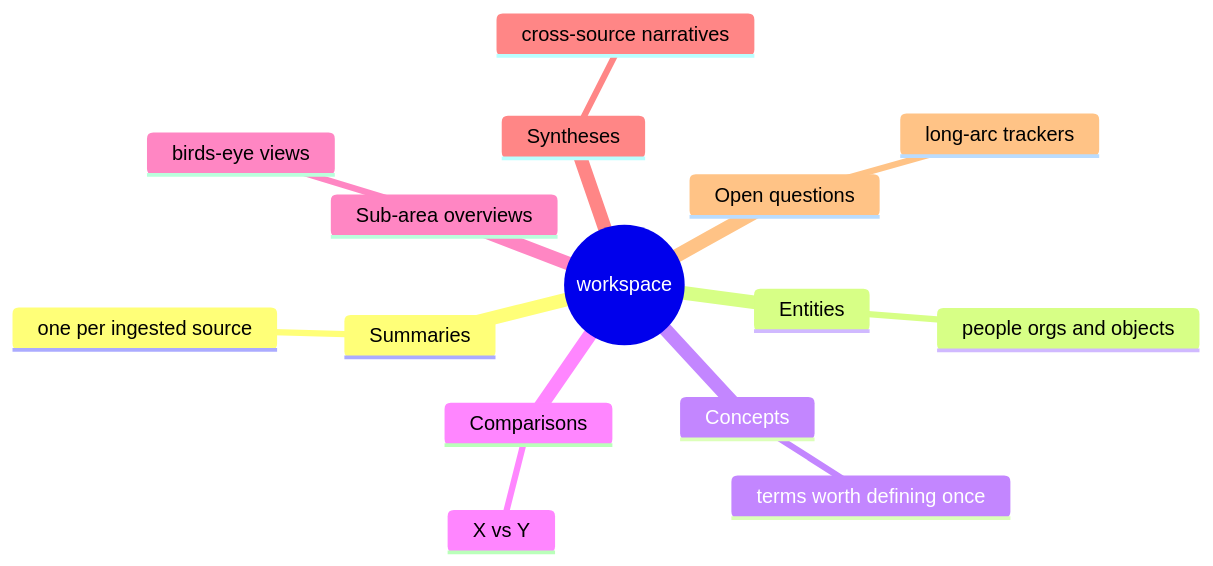
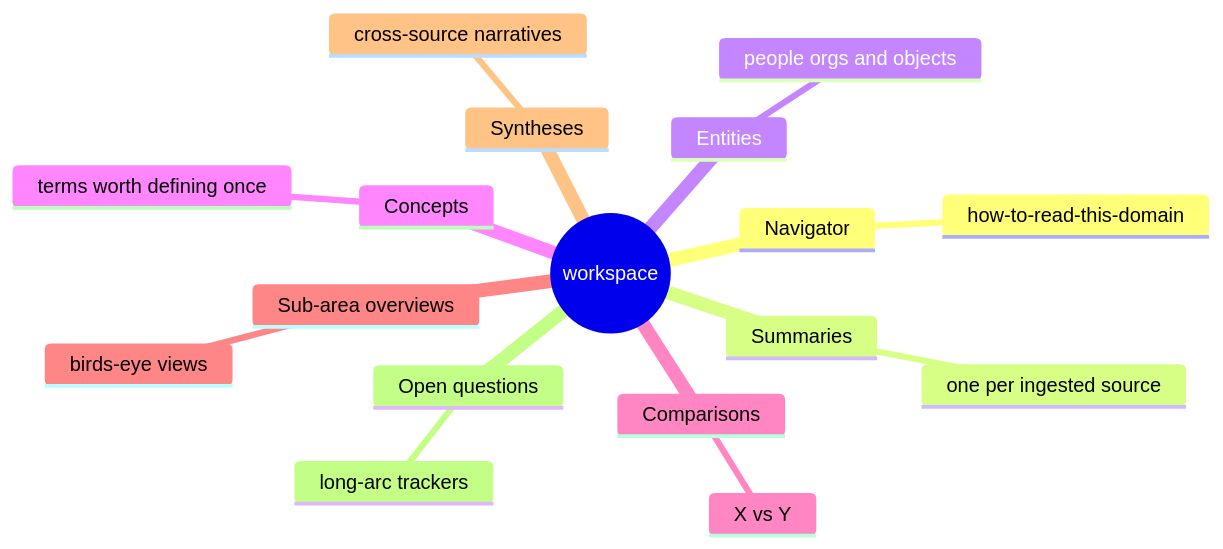
One commit to ycaptain/densa changed the diagram in examples/showcases/workspace/wiki/overview.md. Above: the diagram before and after it, drawn with Mermaid. The commit also changed other lines of this file and 6 other files, not shown here.

First line of the commit message:
maintenance: workspace showcase gains how-to-read-this-domain navigator

````diff
--- a/examples/showcases/workspace/wiki/overview.md
+++ b/examples/showcases/workspace/wiki/overview.md
@@ -21,18 +28,20 @@
 ```mermaid
 mindmap
   root((workspace))
+    Navigator
+      how-to-read-this-domain
     Summaries
       one per ingested source
     Entities
       people orgs and objects
     Concepts
       terms worth defining once
     Comparisons
       X vs Y
     Sub-area overviews
       birds-eye views
     Syntheses
       cross-source narratives
     Open questions
       long-arc trackers
 ```
````
